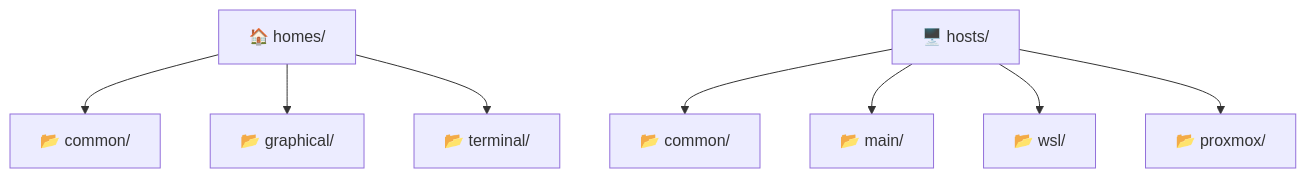
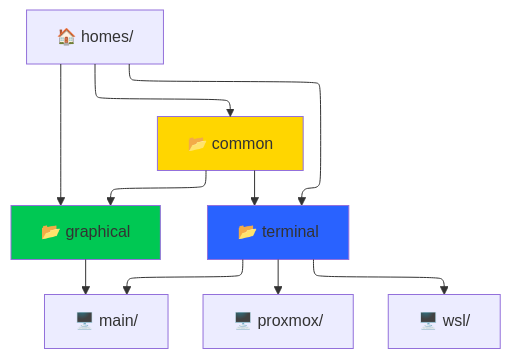
Before and after one commit to git-morin/nixOS: the diagram in README.md, drawn with Mermaid. The commit also changed other lines of this file and 2 other files, not shown here.

````diff
--- a/README.md
+++ b/README.md
@@ -19,11 +19,14 @@
 ```mermaid
-graph TB
-    A[🏠 homes/] --> B[📂 common/]
-    A --> C[📂 graphical/]
-    A --> D[📂 terminal/]
-    
-    E[🖥️ hosts/] --> F[📂 common/]
-    E --> G[📂 main/]
-    E --> H[📂 wsl/]
-    E --> I[📂 proxmox/]
+---
+config:
+  layout: elk
+---
+flowchart TB
+    A["🏠 homes/"] --> C["📂 graphical"] & D["📂 terminal"] & Z["📂 common"]
+    Z --> C & D
+    C --> G["🖥️ main/"]
+    D --> G & I["🖥️ proxmox/"] & H["🖥️ wsl/"]
+    style C fill:#00C853
+    style D fill:#2962FF
+    style Z fill:#FFD600
 ```
````
